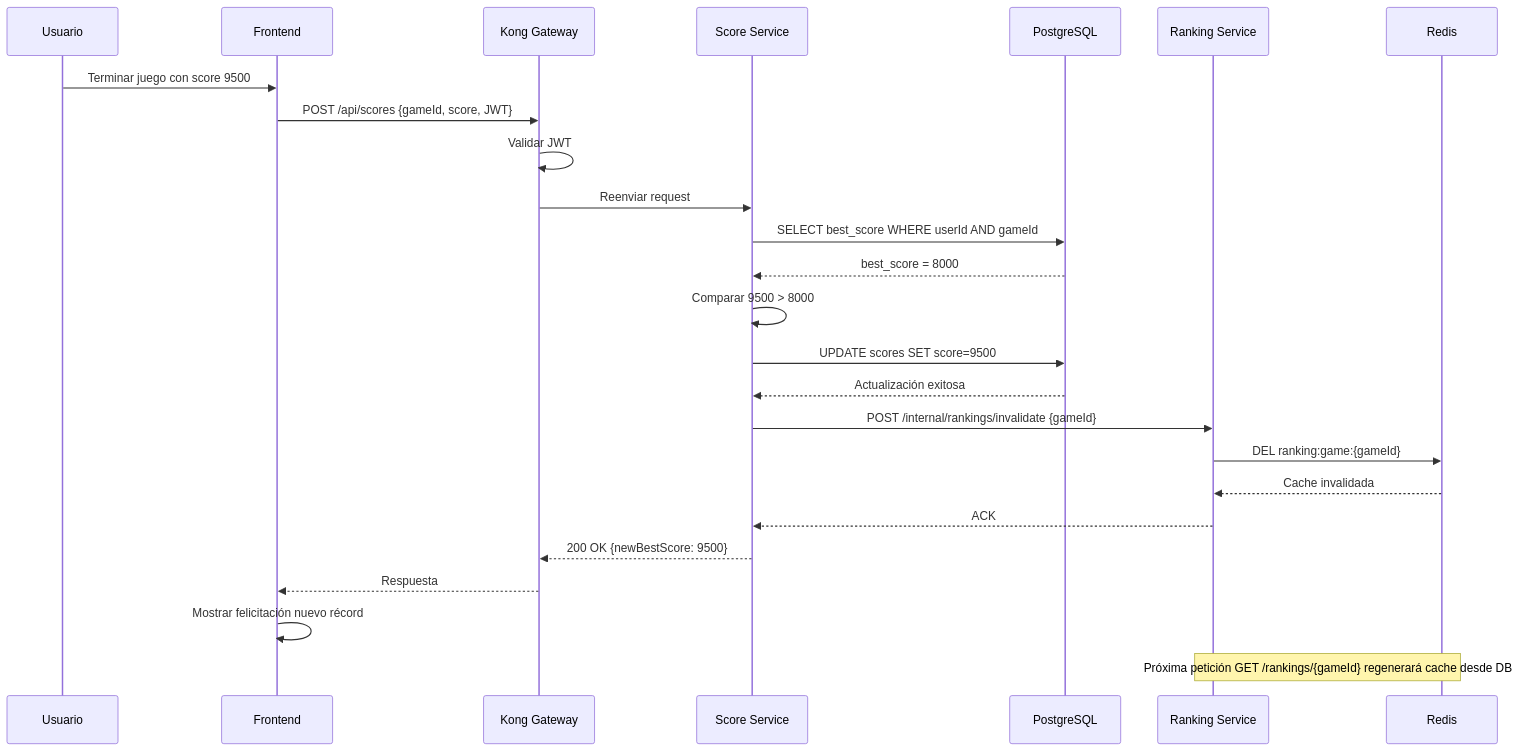
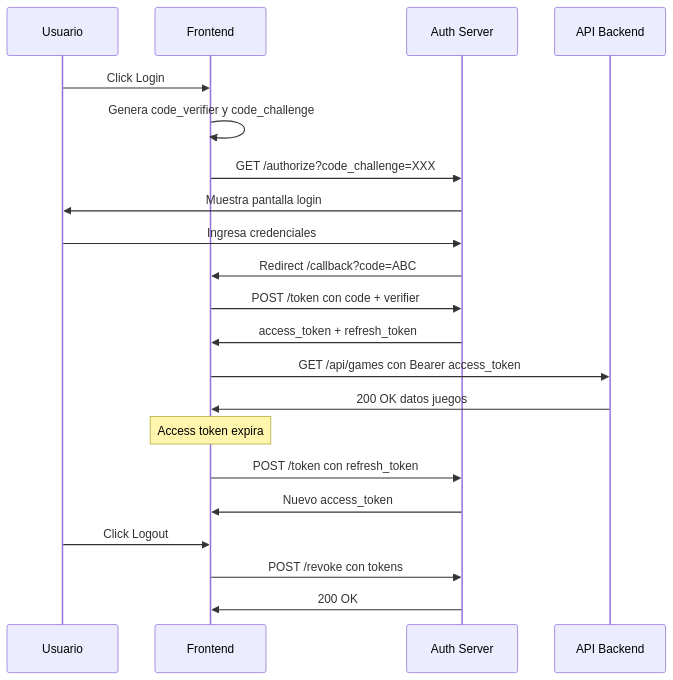
Before and after one commit to retrogamecloud/docs: the third of 6 diagrams in IMPROVEMENTS.md, drawn with Mermaid. The commit also changed other lines of this file and 33 other files, not shown here.

````diff
--- a/IMPROVEMENTS.md
+++ b/IMPROVEMENTS.md
@@ -161,27 +124,23 @@
 ```mermaid
 sequenceDiagram
-    participant U as Usuario
-    participant F as Frontend
-    participant K as Kong Gateway
-    participant S as Score Service
-    participant DB as PostgreSQL
-    participant R as Ranking Service
-    participant Cache as Redis
-    U->>F: Terminar juego con score 9500
-    F->>K: POST /api/scores {gameId, score, JWT}
-    K->>K: Validar JWT
-    K->>S: Reenviar request
-    S->>DB: SELECT best_score WHERE userId AND gameId
-    DB-->>S: best_score = 8000
-    S->>S: Comparar 9500 > 8000
-    S->>DB: UPDATE scores SET score=9500
-    DB-->>S: Actualización exitosa
-    S->>R: POST /internal/rankings/invalidate {gameId}
-    R->>Cache: DEL ranking:game:{gameId}
-    Cache-->>R: Cache invalidada
-    R-->>S: ACK
-    S-->>K: 200 OK {newBestScore: 9500}
-    K-->>F: Respuesta
-    F->>F: Mostrar felicitación nuevo récord
-    Note over R,Cache: Próxima petición GET /rankings/{gameId} regenerará cache desde DB
+ participant U as Usuario
+ participant F as Frontend
+ participant AS as Auth Server
+ participant API as API Backend
+ U->>F: Click Login
+ F->>F: Genera code_verifier y code_challenge
+ F->>AS: GET /authorize?code_challenge=XXX
+ AS->>U: Muestra pantalla login
+ U->>AS: Ingresa credenciales
+ AS->>F: Redirect /callback?code=ABC
+ F->>AS: POST /token con code + verifier
+ AS->>F: access_token + refresh_token
+ F->>API: GET /api/games con Bearer access_token
+ API->>F: 200 OK datos juegos
+ Note over F: Access token expira
+ F->>AS: POST /token con refresh_token
+ AS->>F: Nuevo access_token
+ U->>F: Click Logout
+ F->>AS: POST /revoke con tokens
+ AS->>F: 200 OK
 ```
````
